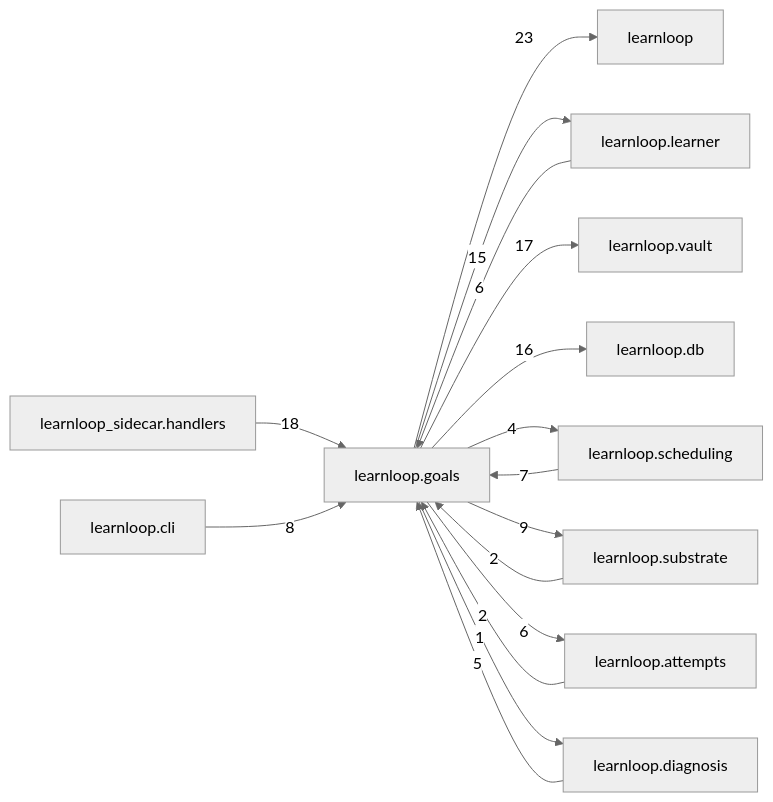
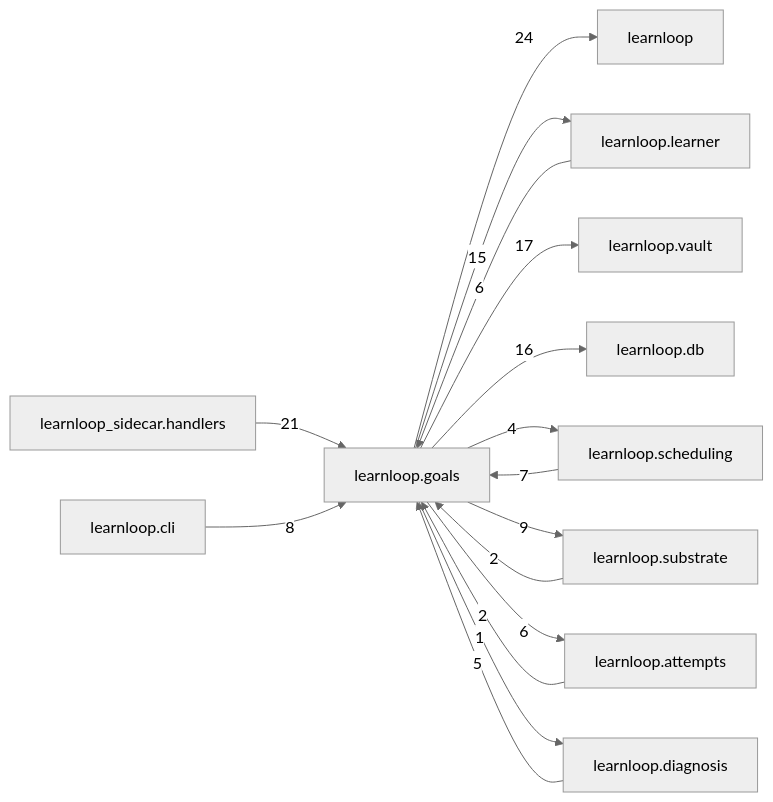
One commit to 6up-b/learnanything changed the diagram in docs/learnloop-architecture-vault/Reference/Modules/learnloop/goals/_package.md. Above: the diagram before and after it, drawn with Mermaid (neutral theme). The commit also changed other lines of this file and 585 other files, not shown here.

````diff
--- a/docs/learnloop-architecture-vault/Reference/Modules/learnloop/goals/_package.md
+++ b/docs/learnloop-architecture-vault/Reference/Modules/learnloop/goals/_package.md
@@ -128,29 +130,29 @@
 ```mermaid
 flowchart LR
     center["learnloop.goals"]
     n_learnloop["learnloop"]
     n_learnloop_learner["learnloop.learner"]
     n_learnloop_sidecar_handlers["learnloop_sidecar.handlers"]
     n_learnloop_vault["learnloop.vault"]
     n_learnloop_db["learnloop.db"]
     n_learnloop_scheduling["learnloop.scheduling"]
     n_learnloop_substrate["learnloop.substrate"]
     n_learnloop_attempts["learnloop.attempts"]
     n_learnloop_cli["learnloop.cli"]
     n_learnloop_diagnosis["learnloop.diagnosis"]
-    center -->|23| n_learnloop
+    center -->|24| n_learnloop
     n_learnloop_learner -->|6| center
     center -->|15| n_learnloop_learner
-    n_learnloop_sidecar_handlers -->|18| center
+    n_learnloop_sidecar_handlers -->|21| center
     center -->|17| n_learnloop_vault
     center -->|16| n_learnloop_db
     n_learnloop_scheduling -->|7| center
     center -->|4| n_learnloop_scheduling
     n_learnloop_substrate -->|2| center
     center -->|9| n_learnloop_substrate
     n_learnloop_attempts -->|2| center
     center -->|6| n_learnloop_attempts
     n_learnloop_cli -->|8| center
     n_learnloop_diagnosis -->|5| center
     center -->|1| n_learnloop_diagnosis
 ```
````
